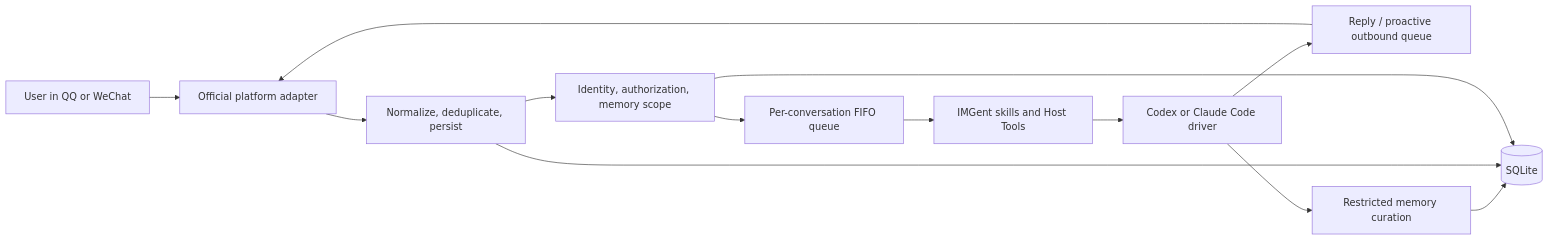
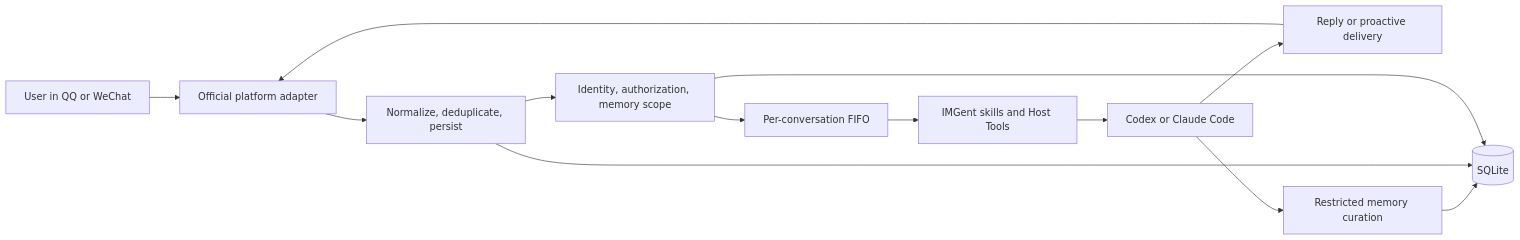
One commit to Morilence/IMGent changed the first of 2 diagrams in README.md. Above: the diagram before and after it, drawn with Mermaid. The commit also changed other lines of this file and 2 other files, not shown here.

````diff
--- a/README.md
+++ b/README.md
@@ -64,15 +80,15 @@
 ```mermaid
 flowchart LR
     U["User in QQ or WeChat"] --> A["Official platform adapter"]
     A --> N["Normalize, deduplicate, persist"]
     N --> I["Identity, authorization, memory scope"]
-    I --> Q["Per-conversation FIFO queue"]
+    I --> Q["Per-conversation FIFO"]
     Q --> S["IMGent skills and Host Tools"]
-    S --> D["Codex or Claude Code driver"]
-    D --> O["Reply / proactive outbound queue"]
+    S --> D["Codex or Claude Code"]
+    D --> O["Reply or proactive delivery"]
     O --> A
     D --> M["Restricted memory curation"]
     M --> DB[("SQLite")]
     N --> DB
     I --> DB
 ```
````
